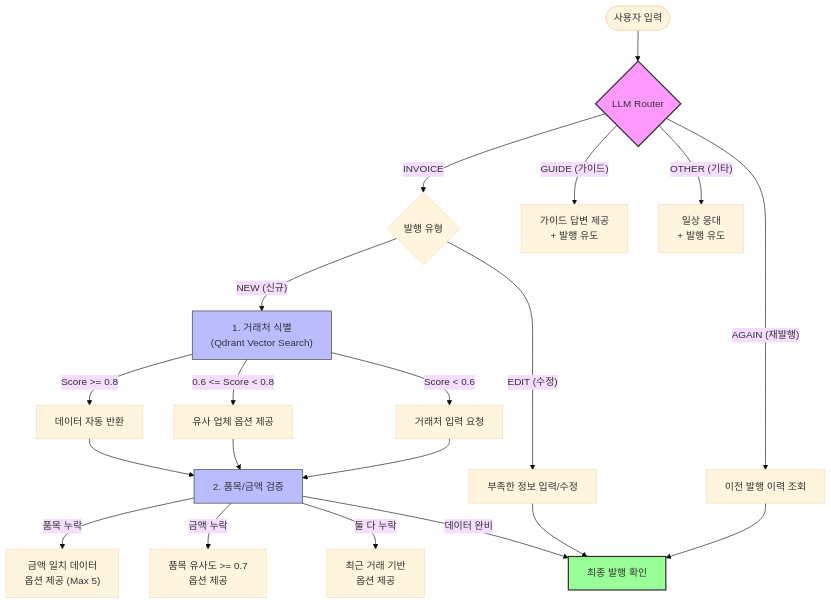
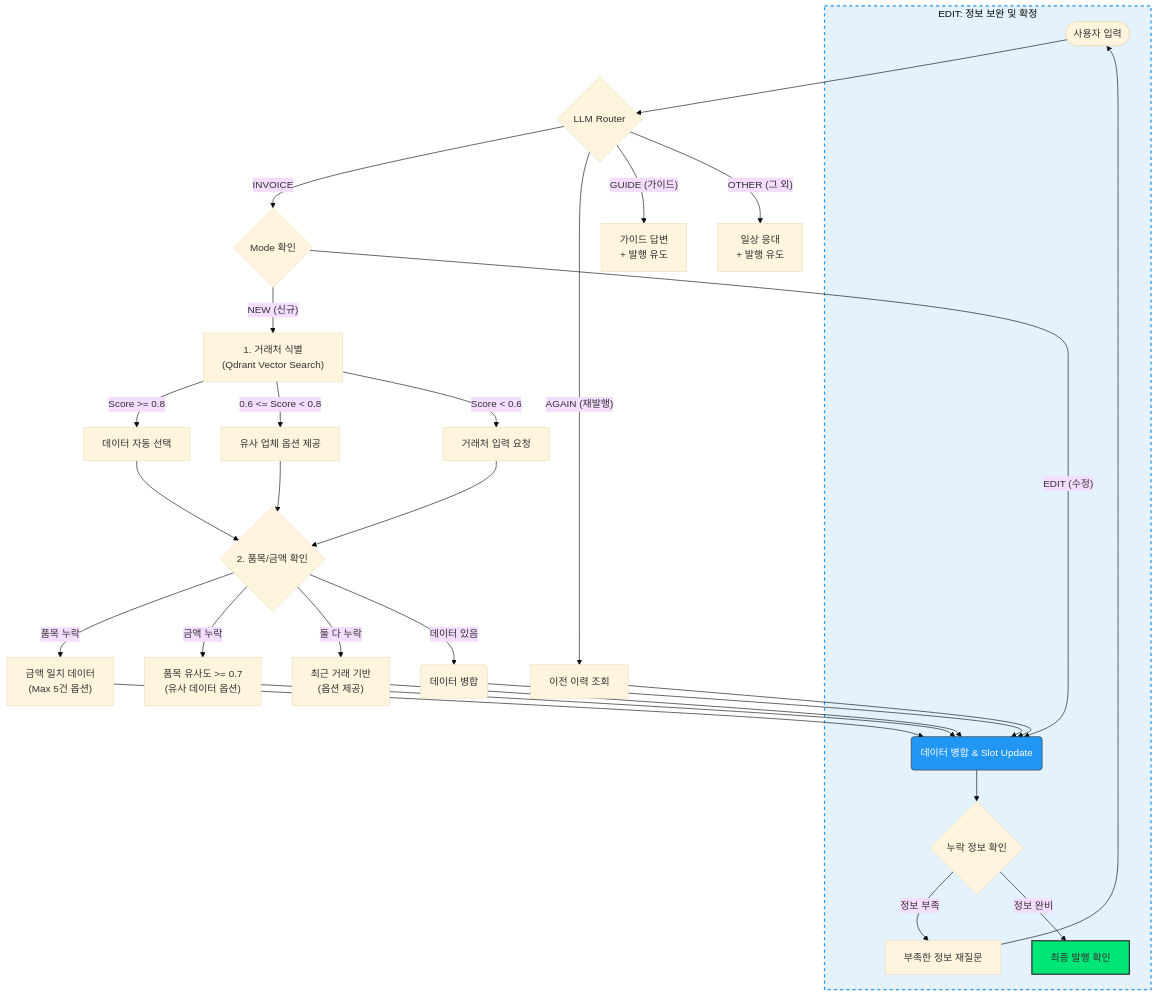
Before and after one commit to jyh000810/study: the diagram in README.md, drawn with Mermaid (base theme).

````diff
--- a/README.md
+++ b/README.md
@@ -2,35 +2,50 @@
 ```mermaid
 flowchart TD
     User([사용자 입력]) --> Router{LLM Router}
 
-    %% 1. INVOICE PROCESS
-    Router -- "INVOICE" --> InvoiceType{발행 유형}
-    
+    %% 1. INVOICE - 분기
+    Router -- "INVOICE" --> InvoiceType{Mode 확인}
+
+    %% ------------------------------------------------
+    %% A. NEW Process (데이터 수집 단계)
+    %% ------------------------------------------------
     InvoiceType -- "NEW (신규)" --> PartnerCheck["1. 거래처 식별<br/>(Qdrant Vector Search)"]
-    
-    PartnerCheck -- "Score >= 0.8" --> PartnerFound[데이터 자동 반환]
+
+    PartnerCheck -- "Score >= 0.8" --> PartnerFound[데이터 자동 선택]
     PartnerCheck -- "0.6 <= Score < 0.8" --> PartnerSelect[유사 업체 옵션 제공]
     PartnerCheck -- "Score < 0.6" --> PartnerInput[거래처 입력 요청]
 
-    PartnerFound --> ItemCheck["2. 품목/금액 검증"]
-    PartnerSelect --> ItemCheck
-    PartnerInput --> ItemCheck
+    %% 거래처 확보 후 품목/금액 체크
+    PartnerFound & PartnerSelect & PartnerInput --> ItemCheck{2. 품목/금액 확인}
 
-    ItemCheck -- "품목 누락" --> MatchAmount["금액 일치 데이터<br/>옵션 제공 (Max 5)"]
-    ItemCheck -- "금액 누락" --> MatchItem["품목 유사도 >= 0.7<br/>옵션 제공"]
-    ItemCheck -- "둘 다 누락" --> MatchRecent["최근 거래 기반<br/>옵션 제공"]
-    ItemCheck -- "데이터 완비" --> FinalConfirm[최종 발행 확인]
+    ItemCheck -- "품목 누락" --> MatchAmount["금액 일치 데이터<br/>(Max 5건 옵션)"]
+    ItemCheck -- "금액 누락" --> MatchItem["품목 유사도 >= 0.7<br/>(유사 데이터 옵션)"]
+    ItemCheck -- "둘 다 누락" --> MatchRecent["최근 거래 기반<br/>(옵션 제공)"]
+    ItemCheck -- "데이터 있음" --> DataReady(데이터 병합)
 
-    InvoiceType -- "EDIT (수정)" --> SlotFilling["부족한 정보 입력/수정"] --> FinalConfirm
+    %% ------------------------------------------------
+    %% B. EDIT Process (슬롯 필링 및 발행) - 모든 길은 여기로 통함
+    %% ------------------------------------------------
+    MatchAmount & MatchItem & MatchRecent & DataReady --> MergeData
+    
+    InvoiceType -- "EDIT (수정)" --> MergeData
+    
+    subgraph EDIT_PHASE [EDIT: 정보 보완 및 확정]
+        MergeData(데이터 병합 & Slot Update) --> CheckSlots{누락 정보 확인}
+        CheckSlots -- "정보 부족" --> AskUser[부족한 정보 재질문]
+        AskUser --> User
+        CheckSlots -- "정보 완비" --> FinalConfirm[최종 발행 확인]
+    end
 
-    %% 2. OTHER PROCESSES
-    Router -- "AGAIN (재발행)" --> FetchHistory[이전 발행 이력 조회] --> FinalConfirm
-    Router -- "GUIDE (가이드)" --> ShowGuide["가이드 답변 제공<br/>+ 발행 유도"]
-    Router -- "OTHER (기타)" --> ChitChat["일상 응대<br/>+ 발행 유도"]
+    %% ------------------------------------------------
+    %% C. OTHERS
+    %% ------------------------------------------------
+    Router -- "AGAIN (재발행)" --> FetchHistory[이전 이력 조회] --> MergeData
+    Router -- "GUIDE (가이드)" --> ShowGuide["가이드 답변<br/>+ 발행 유도"]
+    Router -- "OTHER (그 외)" --> ChitChat["일상 응대<br/>+ 발행 유도"]
 
-    %% Style (색상 꾸미기)
-    style Router fill:#f9f,stroke:#333,stroke-width:2px
-    style PartnerCheck fill:#bbf,stroke:#333
-    style ItemCheck fill:#bbf,stroke:#333
-    style FinalConfirm fill:#9f9,stroke:#333,stroke-width:2px
+    %% Style
+    style EDIT_PHASE fill:#e3f2fd,stroke:#2196f3,stroke-width:2px,stroke-dasharray: 5 5
+    style MergeData fill:#2196f3,color:#fff,stroke:#333
+    style FinalConfirm fill:#00e676,stroke:#333,stroke-width:2px
 ```
````
